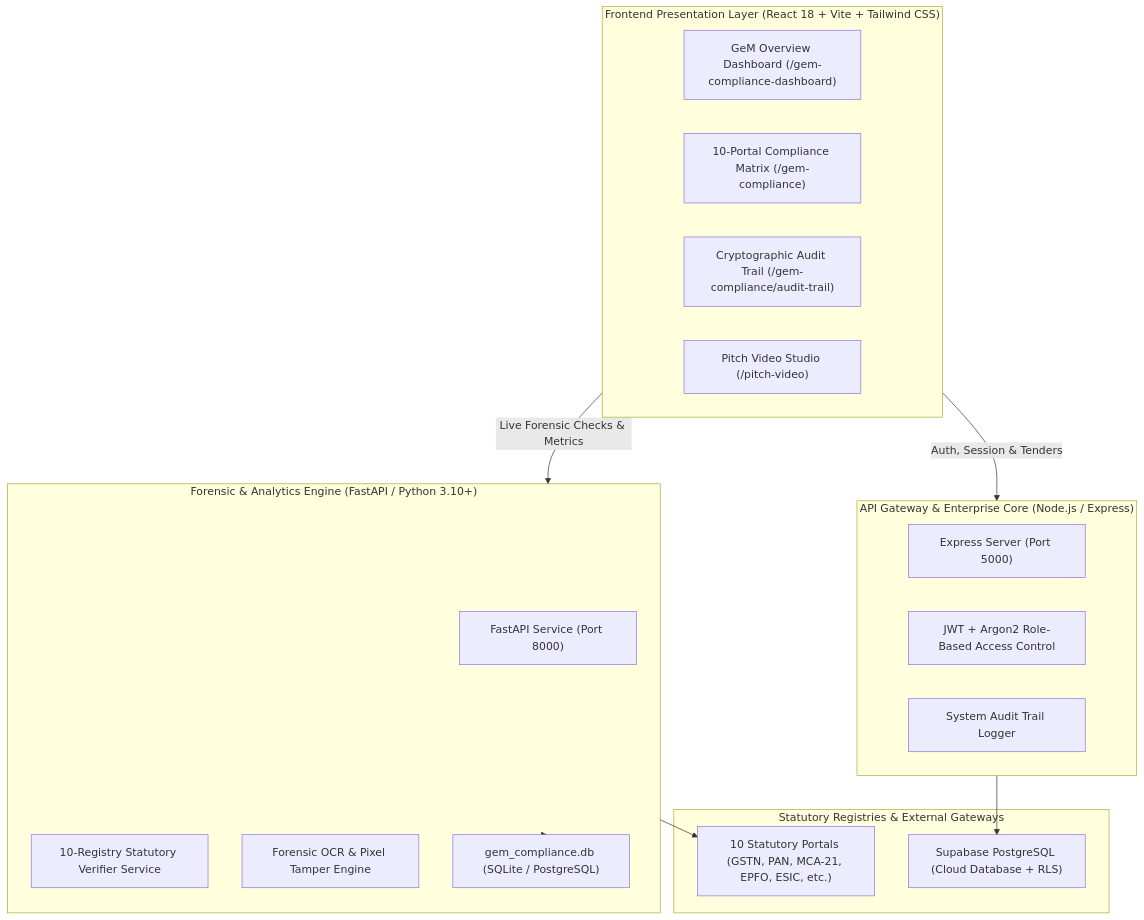
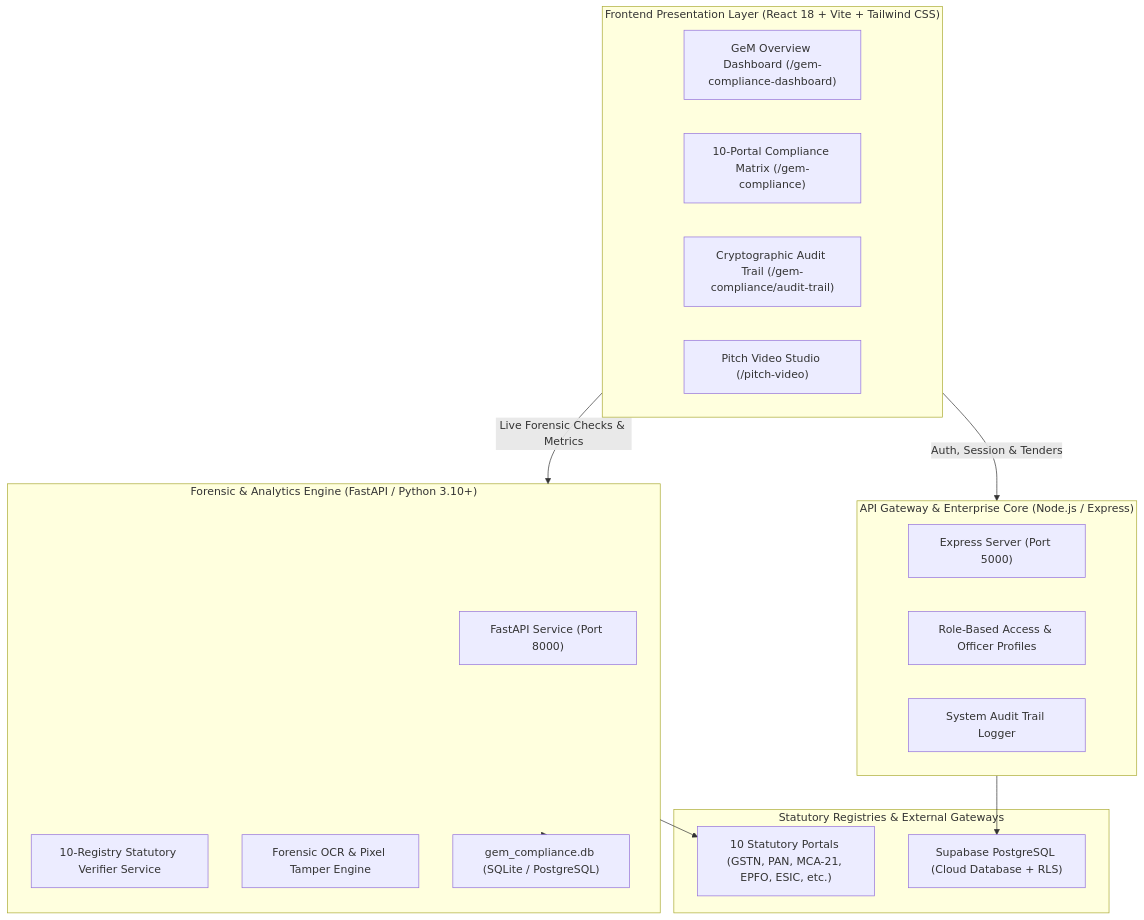
The diagram in README.md (anuj2006-tech/GemAudit), drawn with Mermaid before and after one commit. The commit also changed other lines of this file, not shown here.

Commit message:
docs: Update README for GemAudit with SIH 2026 specs, architecture, and live links

````diff
--- a/README.md
+++ b/README.md
@@ -38,33 +47,33 @@
 ```mermaid
 graph TB
     subgraph ClientLayer ["Frontend Presentation Layer (React 18 + Vite + Tailwind CSS)"]
         UI_Dash["GeM Overview Dashboard (/gem-compliance-dashboard)"]
         UI_Matrix["10-Portal Compliance Matrix (/gem-compliance)"]
         UI_Audit["Cryptographic Audit Trail (/gem-compliance/audit-trail)"]
         UI_Studio["Pitch Video Studio (/pitch-video)"]
     end
 
     subgraph FastAPIEngine ["Forensic & Analytics Engine (FastAPI / Python 3.10+)"]
         FastAPI_App["FastAPI Service (Port 8000)"]
         StatutoryVerifier["10-Registry Statutory Verifier Service"]
         OCR_Analyzer["Forensic OCR & Pixel Tamper Engine"]
         LocalCache["gem_compliance.db (SQLite / PostgreSQL)"]
     end
 
     subgraph NodeGateway ["API Gateway & Enterprise Core (Node.js / Express)"]
         Node_Server["Express Server (Port 5000)"]
-        AuthService["JWT + Argon2 Role-Based Access Control"]
+        AuthService["Role-Based Access & Officer Profiles"]
         AuditLogger["System Audit Trail Logger"]
     end
 
     subgraph CloudLayer ["Statutory Registries & External Gateways"]
         GovAPIs["10 Statutory Portals (GSTN, PAN, MCA-21, EPFO, ESIC, etc.)"]
         SupabaseDB["Supabase PostgreSQL (Cloud Database + RLS)"]
     end
 
     ClientLayer -->|Live Forensic Checks & Metrics| FastAPIEngine
     ClientLayer -->|Auth, Session & Tenders| NodeGateway
     FastAPIEngine --> GovAPIs
     FastAPIEngine --> LocalCache
     NodeGateway --> SupabaseDB
 ```
````
